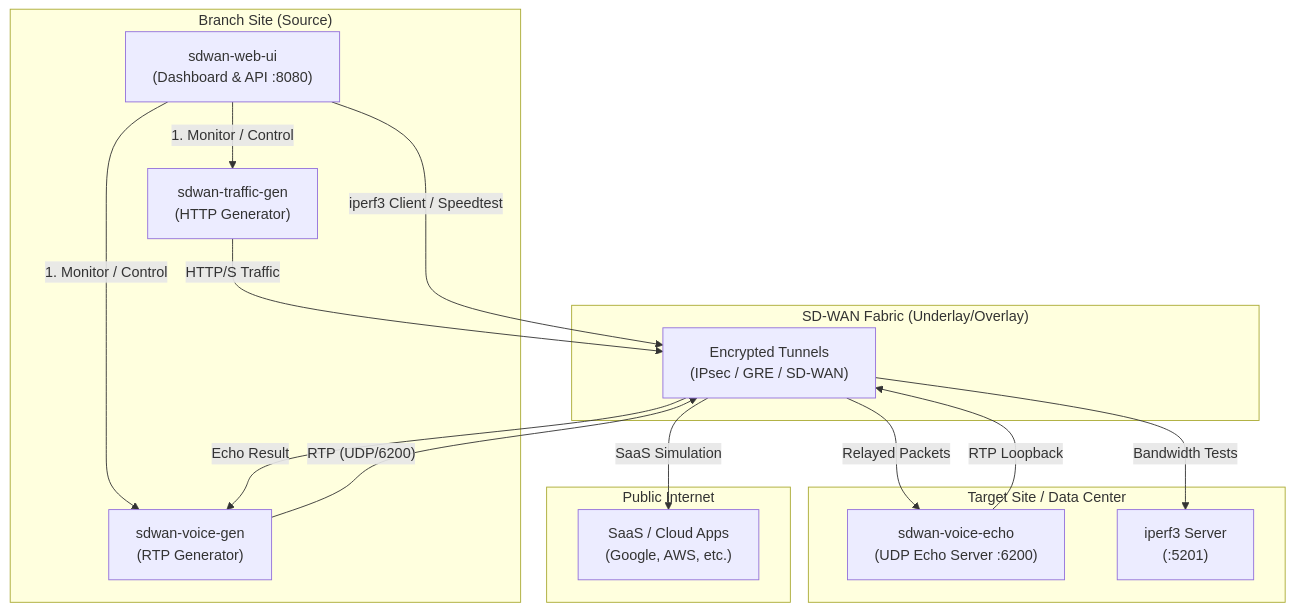
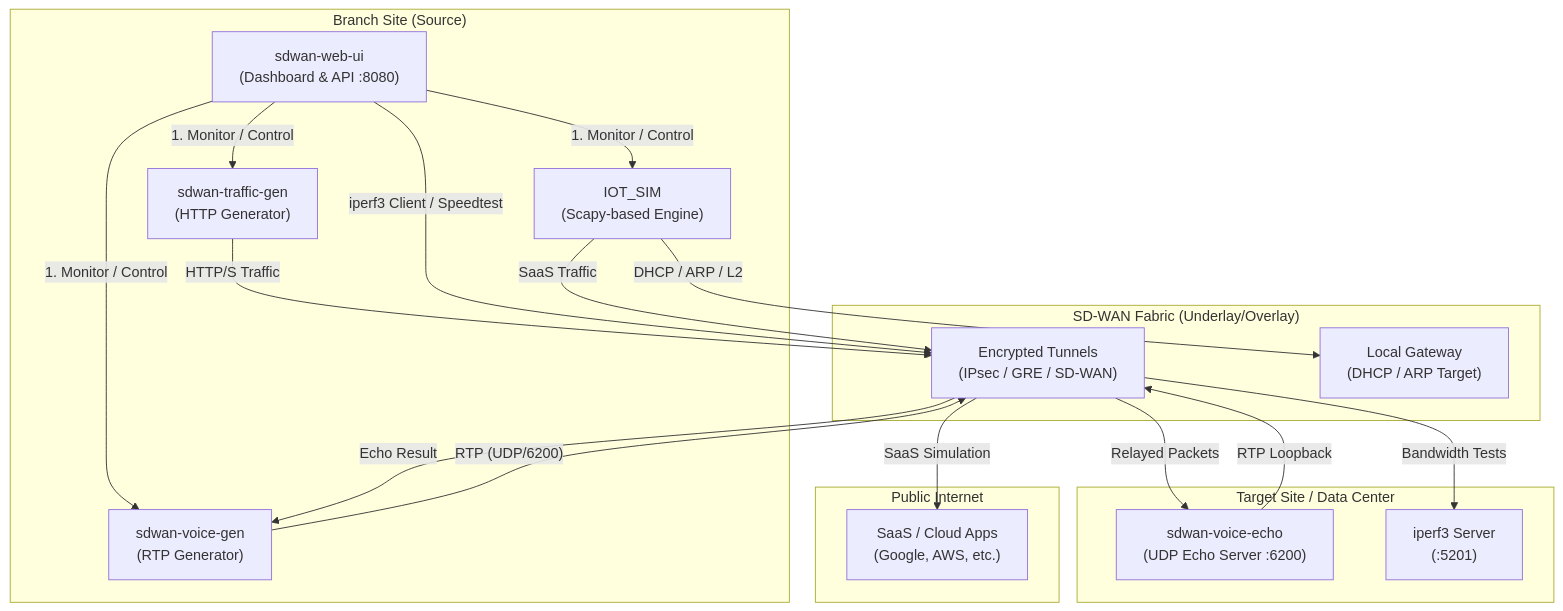
Before and after one commit to jsuzanne/sdwan-traffic-generator-web: the diagram in docs/TECHNICAL_DIAGRAM.md, drawn with Mermaid. The commit also changed other lines of this file and 7 other files, not shown here.

Commit message:
docs: update technical diagrams and specifications to include IoT module

````diff
--- a/docs/TECHNICAL_DIAGRAM.md
+++ b/docs/TECHNICAL_DIAGRAM.md
@@ -5,36 +5,42 @@
 ```mermaid
 graph TD
     subgraph "Branch Site (Source)"
         UI["sdwan-web-ui<br/>(Dashboard & API :8080)"]
         HTTP_GEN["sdwan-traffic-gen<br/>(HTTP Generator)"]
         VOICE_GEN["sdwan-voice-gen<br/>(RTP Generator)"]
+        IOT_GEN["IOT_SIM<br/>(Scapy-based Engine)"]
     end
 
     subgraph "SD-WAN Fabric (Underlay/Overlay)"
         Tunnel["Encrypted Tunnels<br/>(IPsec / GRE / SD-WAN)"]
+        Gateway["Local Gateway<br/>(DHCP / ARP Target)"]
     end
 
     subgraph "Target Site / Data Center"
         ECHO["sdwan-voice-echo<br/>(UDP Echo Server :6200)"]
         IPERF["iperf3 Server<br/>(:5201)"]
     end
 
     subgraph "Public Internet"
         CLOUD["SaaS / Cloud Apps<br/>(Google, AWS, etc.)"]
     end
 
     %% Flow Definitions
     UI -- "1. Monitor / Control" --> HTTP_GEN
     UI -- "1. Monitor / Control" --> VOICE_GEN
+    UI -- "1. Monitor / Control" --> IOT_GEN
     
     HTTP_GEN -- "HTTP/S Traffic" --> Tunnel
     VOICE_GEN -- "RTP (UDP/6200)" --> Tunnel
     UI -- "iperf3 Client / Speedtest" --> Tunnel
+    
+    IOT_GEN -- "DHCP / ARP / L2" --> Gateway
+    IOT_GEN -- "SaaS Traffic" --> Tunnel
     
     Tunnel -- "Relayed Packets" --> ECHO
     Tunnel -- "Bandwidth Tests" --> IPERF
     Tunnel -- "SaaS Simulation" --> CLOUD
 
     ECHO -- "RTP Loopback" --> Tunnel
     Tunnel -- "Echo Result" --> VOICE_GEN
 ```
````
